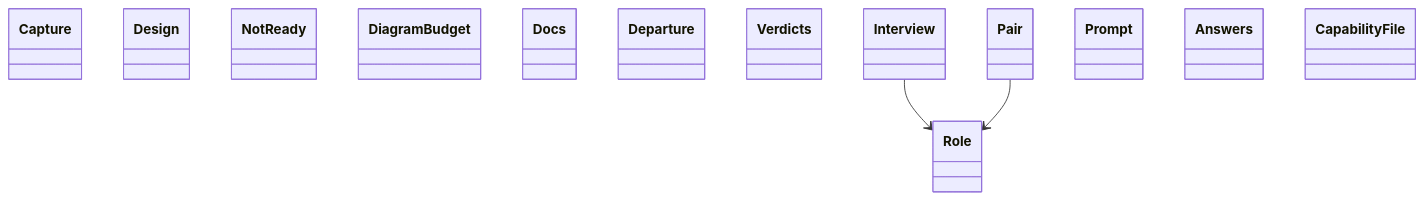
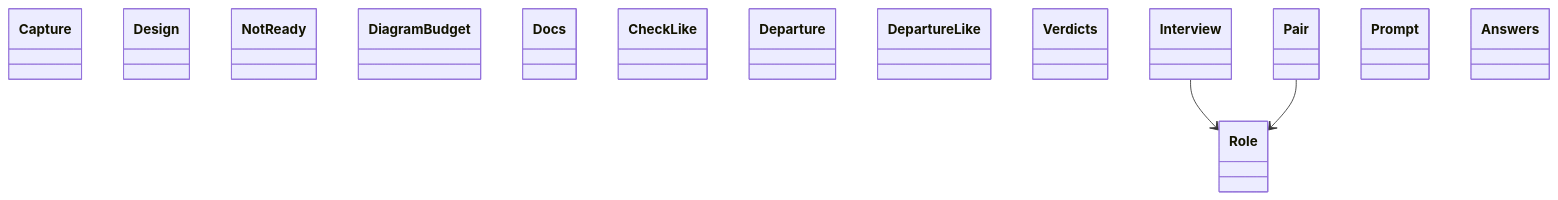
Before and after one commit to GonzaloZevallos/agentic-system: the diagram in docs/architecture/generated/classes-process-domain-roles-1.md, drawn with Mermaid. The commit also changed 22 other files, not shown here.

Commit message:
Regenerate the architecture docs after merging master

````diff
--- a/docs/architecture/generated/classes-process-domain-roles-1.md
+++ b/docs/architecture/generated/classes-process-domain-roles-1.md
@@ -30,18 +30,19 @@
 ```mermaid
 classDiagram
     class design__Capture["Capture"]
     class design__Design["Design"]
     class design__NotReady["NotReady"]
     class docs__DiagramBudget["DiagramBudget"]
     class docs__Docs["Docs"]
+    class drawing__CheckLike["CheckLike"]
     class drawing__Departure["Departure"]
+    class drawing__DepartureLike["DepartureLike"]
     class drawing__Verdicts["Verdicts"]
     class roles__Interview["Interview"]
     class roles__Pair["Pair"]
     class roles__Prompt["Prompt"]
     class roles__Role["Role"]
     class schemas__Answers["Answers"]
-    class schemas__CapabilityFile["CapabilityFile"]
     roles__Interview --> roles__Role
     roles__Pair --> roles__Role
 ```
````
